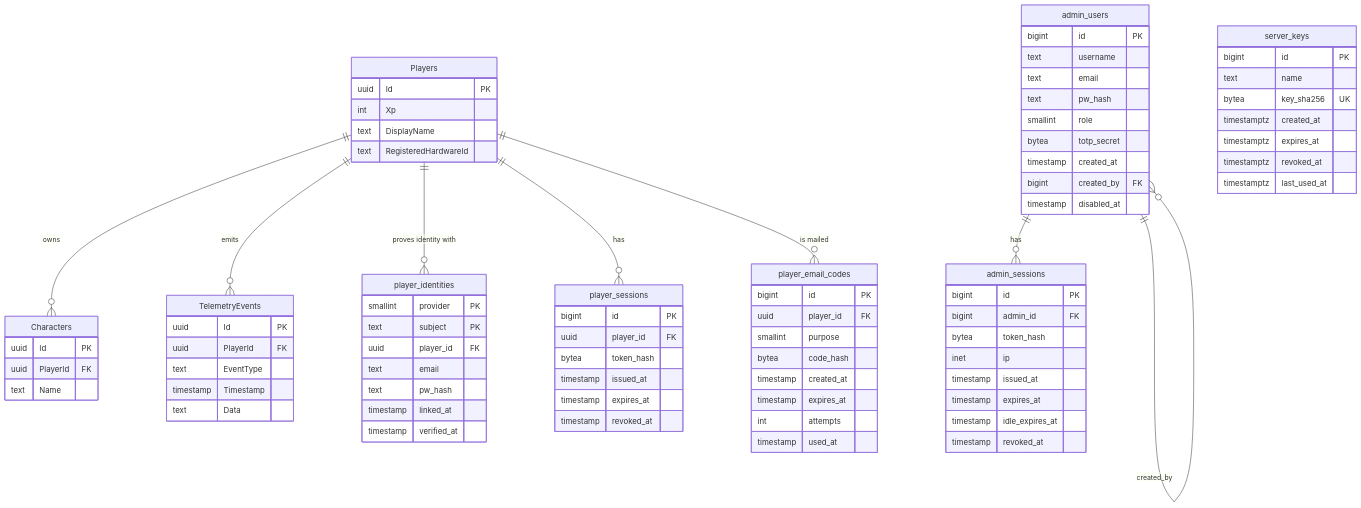
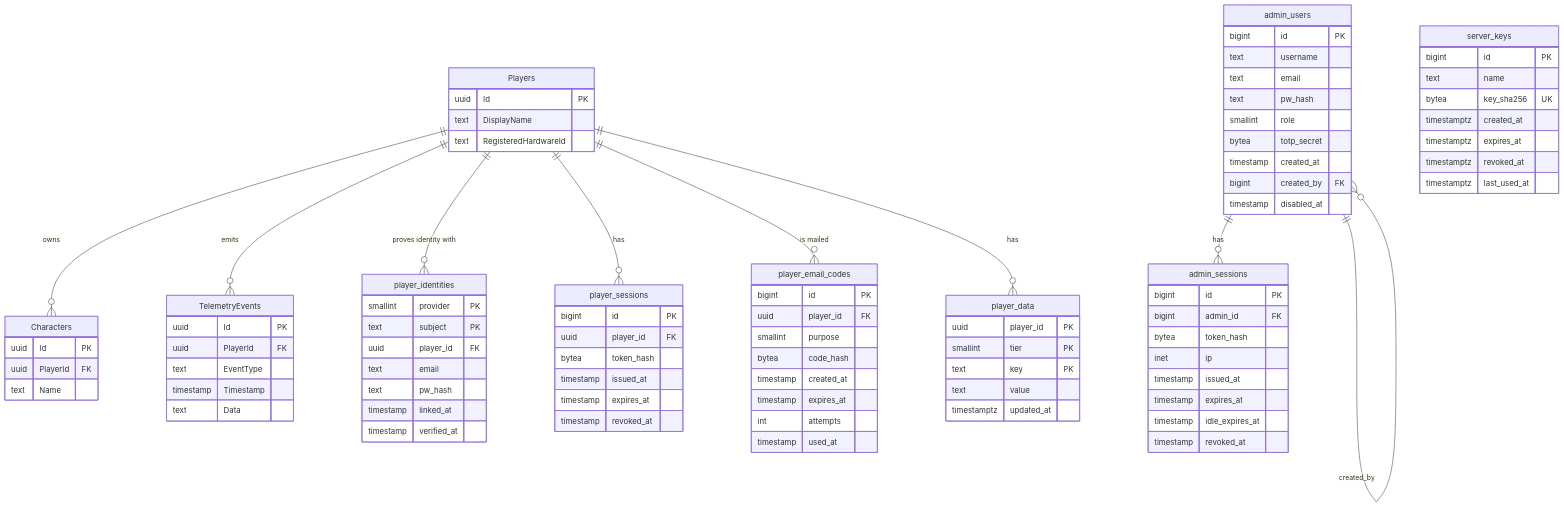
The diagram in docs/components/database.md (Bamboo01/Hakutaku), drawn with Mermaid before and after one commit. The commit also changed other lines of this file and 7 other files, not shown here.

First line of the commit message:
Document player data and the XP move

```diff
--- a/docs/components/database.md
+++ b/docs/components/database.md
@@ -12,12 +12,12 @@
     Players ||--o{ player_identities : "proves identity with"
     Players ||--o{ player_sessions : "has"
     Players ||--o{ player_email_codes : "is mailed"
+    Players ||--o{ player_data : "has"
     admin_users ||--o{ admin_sessions : "has"
     admin_users ||--o{ admin_users : "created_by"
 
     Players {
         uuid Id PK
-        int Xp
         text DisplayName
         text RegisteredHardwareId
     }
@@ -81,6 +81,13 @@
         timestamp idle_expires_at
         timestamp revoked_at
     }
+    player_data {
+        uuid player_id PK
+        smallint tier PK
+        text key PK
+        text value
+        timestamptz updated_at
+    }
     server_keys {
         bigint id PK
         text name
```
